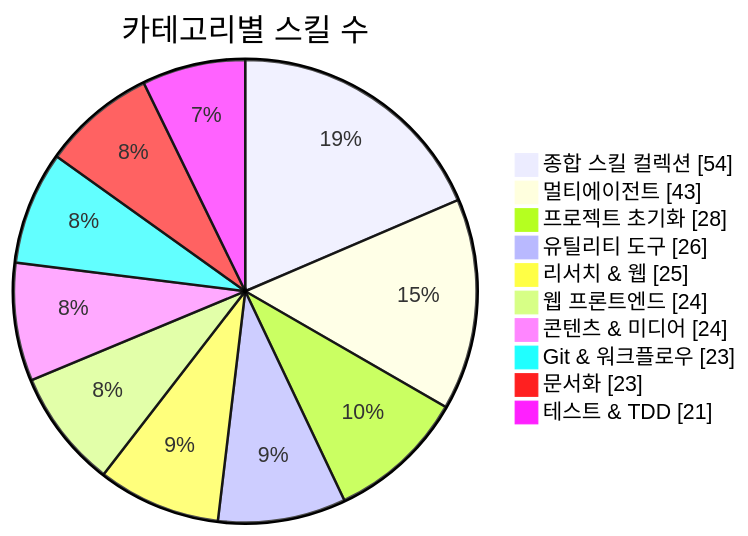
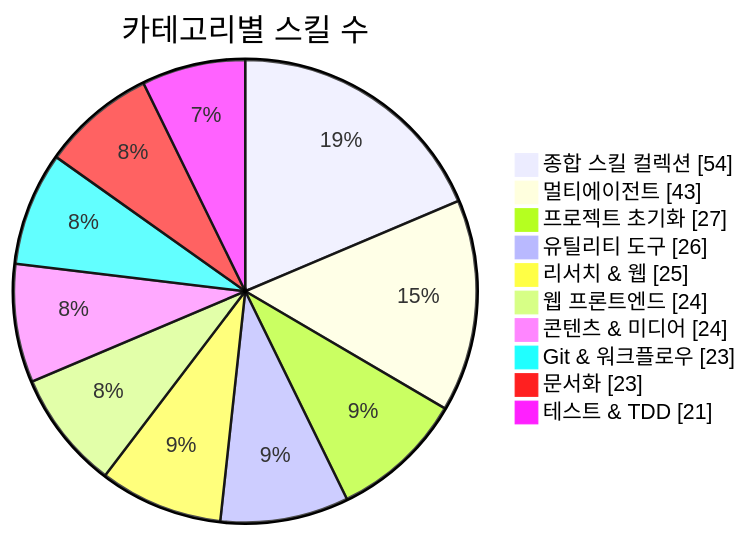
Before and after one commit to J-nowcow/awesome-korean-agent-skills: the first of 3 diagrams in README.md, drawn with Mermaid. The commit also changed other lines of this file and 28 other files, not shown here.

````diff
--- a/README.md
+++ b/README.md
@@ -176,14 +176,14 @@
 ```mermaid
 pie showData
     title 카테고리별 스킬 수
     "종합 스킬 컬렉션" : 54
     "멀티에이전트" : 43
-    "프로젝트 초기화" : 28
+    "프로젝트 초기화" : 27
     "유틸리티 도구" : 26
     "리서치 & 웹" : 25
     "웹 프론트엔드" : 24
     "콘텐츠 & 미디어" : 24
     "Git & 워크플로우" : 23
     "문서화" : 23
     "테스트 & TDD" : 21
 ```
````
